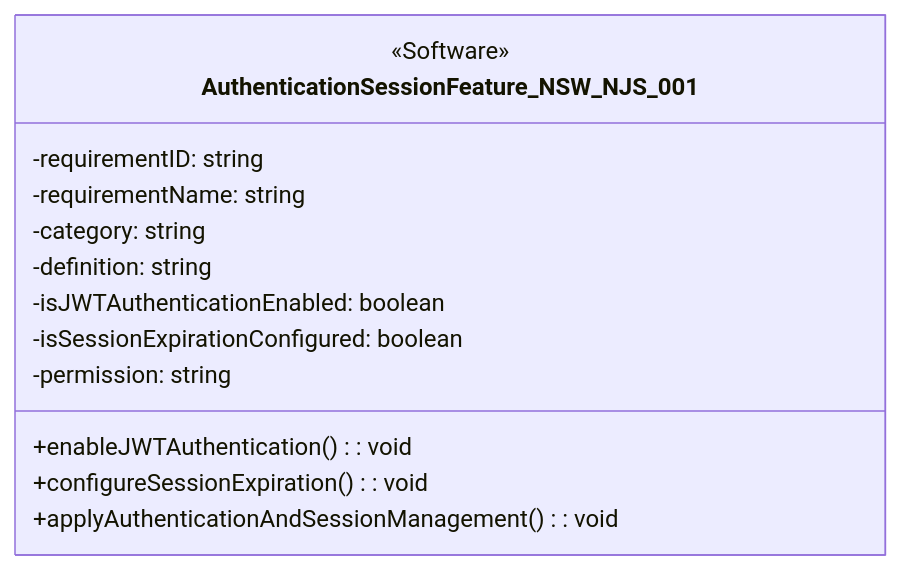
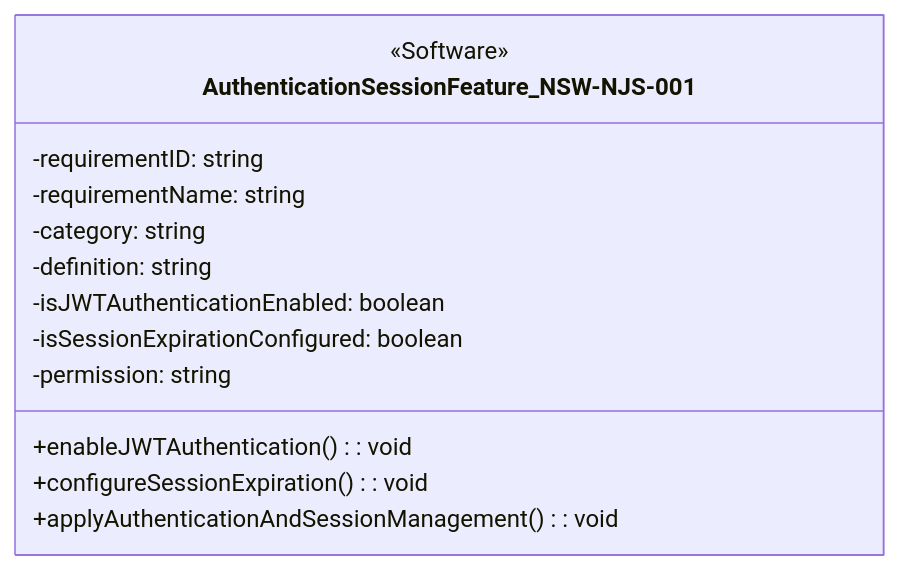
Diagram 24 of 54 in 1. Requirement Analysis/Software Requirements Specification.md (sun922/University-SoftwareDesign), drawn with Mermaid before and after one commit. The commit also changed other lines of this file, not shown here.

````diff
--- a/1. Requirement Analysis/Software Requirements Specification.md
+++ b/1. Requirement Analysis/Software Requirements Specification.md
@@ -722,17 +722,17 @@
 ```mermaid
 classDiagram
-    class AuthenticationSessionFeature_NSW_NJS_001 {
+    class AuthenticationSessionFeature_NSW-NJS-001 {
         <<Software>>
         -requirementID: string
         -requirementName: string
         -category: string
         -definition: string
         -isJWTAuthenticationEnabled: boolean
         -isSessionExpirationConfigured: boolean
         -permission: string
 
         +enableJWTAuthentication(): void
         +configureSessionExpiration(): void
         +applyAuthenticationAndSessionManagement(): void
     }
 ```
````
